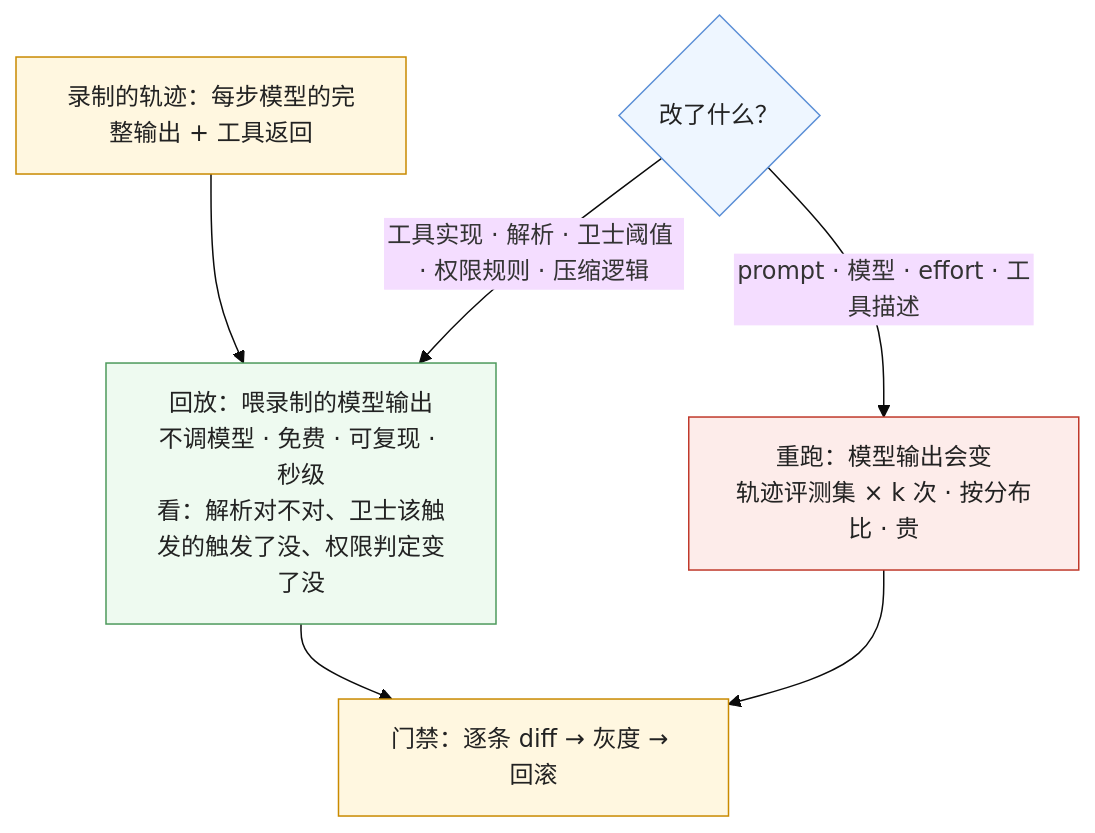
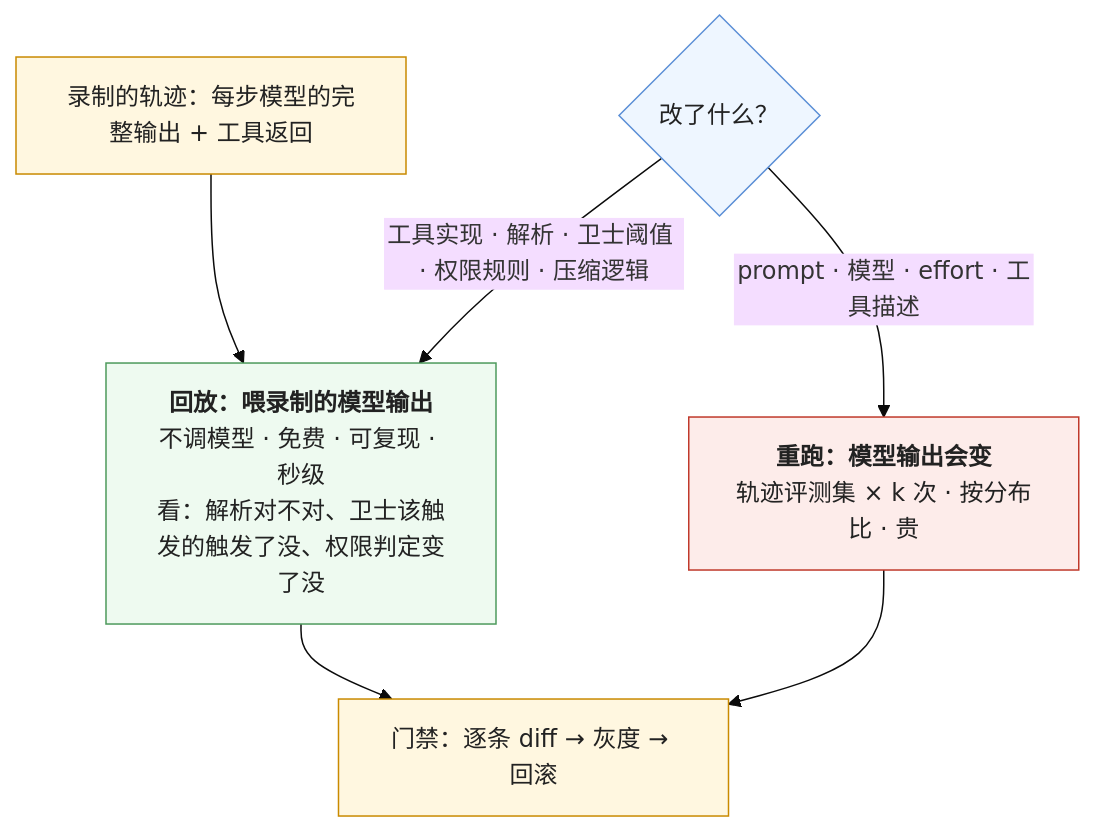
The fourth of 5 diagrams in _posts/2026-10-29-agent-reliability-evaluation-and-operations.md (arganzheng/arganzheng.github.com), drawn with Mermaid (base theme) before and after one commit. The commit also changed other lines of this file and 9 other files, not shown here.

First line of the commit message:
工具、Agent 与 harness：模型怎么从回答变成做事：Mermaid 多行方框的首行标为标题（10 篇）

````diff
--- a/_posts/2026-10-29-agent-reliability-evaluation-and-operations.md
+++ b/_posts/2026-10-29-agent-reliability-evaluation-and-operations.md
@@ -127,18 +127,18 @@
 ```mermaid
 %% 图：录制回放把两类改动分开——改了工具实现、解析逻辑、卫士阈值、权限规则：重放录制的模型输出，不重跑模型，免费、可复现、秒级；改了 prompt、模型、effort：模型的输出会变，必须重跑（评测集 × k 次）；两类都进门禁，但成本差两个量级
 flowchart TB
     LOG["录制的轨迹：每步模型的完整输出 + 工具返回"]
     CH{"改了什么？"}
-    CH -->|"工具实现 · 解析 · 卫士阈值 · 权限规则 · 压缩逻辑"| RP["回放：喂录制的模型输出<br/>不调模型 · 免费 · 可复现 · 秒级<br/>看：解析对不对、卫士该触发的触发了没、权限判定变了没"]
-    CH -->|"prompt · 模型 · effort · 工具描述"| RR["重跑：模型输出会变<br/>轨迹评测集 × k 次 · 按分布比 · 贵"]
+    CH -->|"工具实现 · 解析 · 卫士阈值 · 权限规则 · 压缩逻辑"| RP["<b>回放：喂录制的模型输出</b><br/>不调模型 · 免费 · 可复现 · 秒级<br/>看：解析对不对、卫士该触发的触发了没、权限判定变了没"]
+    CH -->|"prompt · 模型 · effort · 工具描述"| RR["<b>重跑：模型输出会变</b><br/>轨迹评测集 × k 次 · 按分布比 · 贵"]
     LOG --> RP
     RP & RR --> GATE["门禁：逐条 diff → 灰度 → 回滚"]
     classDef n fill:#fff7e0,stroke:#c98a00,color:#222
     classDef dec fill:#eef6ff,stroke:#5b8fd6,color:#222
     classDef ok fill:#eefaf0,stroke:#4d9a5c,color:#222
     classDef exp fill:#fdecea,stroke:#c0392b,color:#222
     class LOG,GATE n
     class CH dec
     class RP ok
     class RR exp
 ```
````
